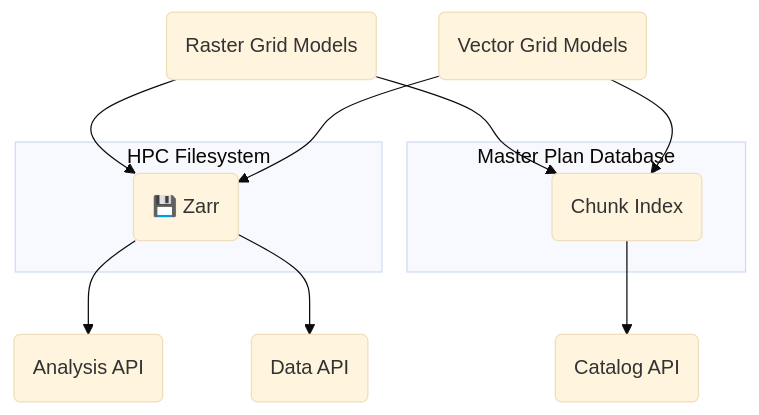
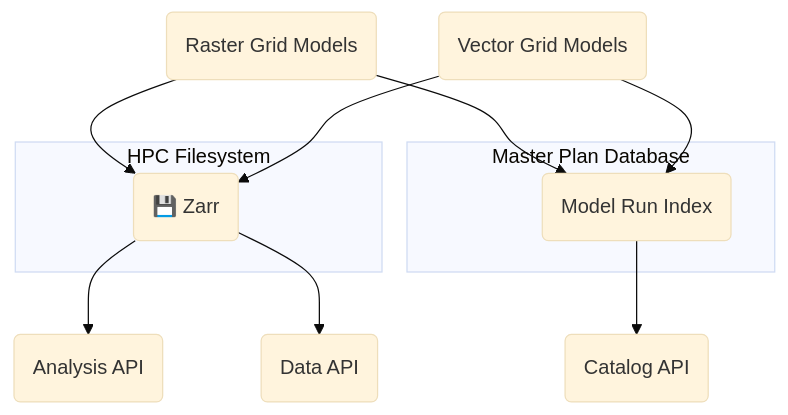
The fourth of 4 diagrams in MP2029.md (pscedu/cpra-documentation), drawn with Mermaid (base theme) before and after one commit. The commit also changed other lines of this file, not shown here.

Commit message:
fix(MP2029): remove chuck data from MPD in cloud-native format

````diff
--- a/MP2029.md
+++ b/MP2029.md
@@ -187,21 +187,21 @@
 ```mermaid
 flowchart TD
     VM(Vector Grid Models)
     RM(Raster Grid Models)
     subgraph MPD[Master Plan Database]
-        CI(Chunk Index)
+        MRI(Model Run Index)
     end
     subgraph FS[HPC Filesystem]
         Z(💾 Zarr)
     end
     CAPI(Catalog API)
     DAPI(Data API)
     AAPI(Analysis API)
     RM --> Z
-    RM --> CI
+    RM --> MRI
     VM --> Z
-    VM --> CI
-    CI --> CAPI
+    VM --> MRI
+    MRI --> CAPI
     Z --> AAPI
     Z --> DAPI
 ```
````
